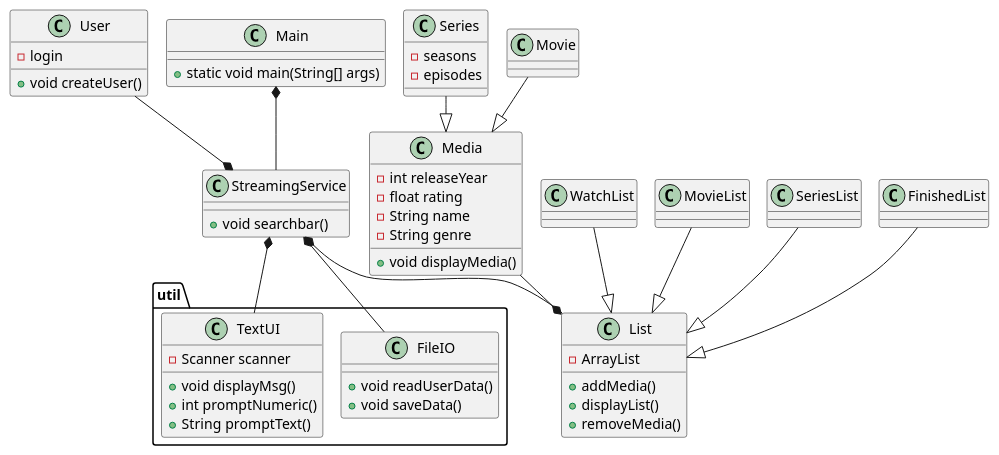
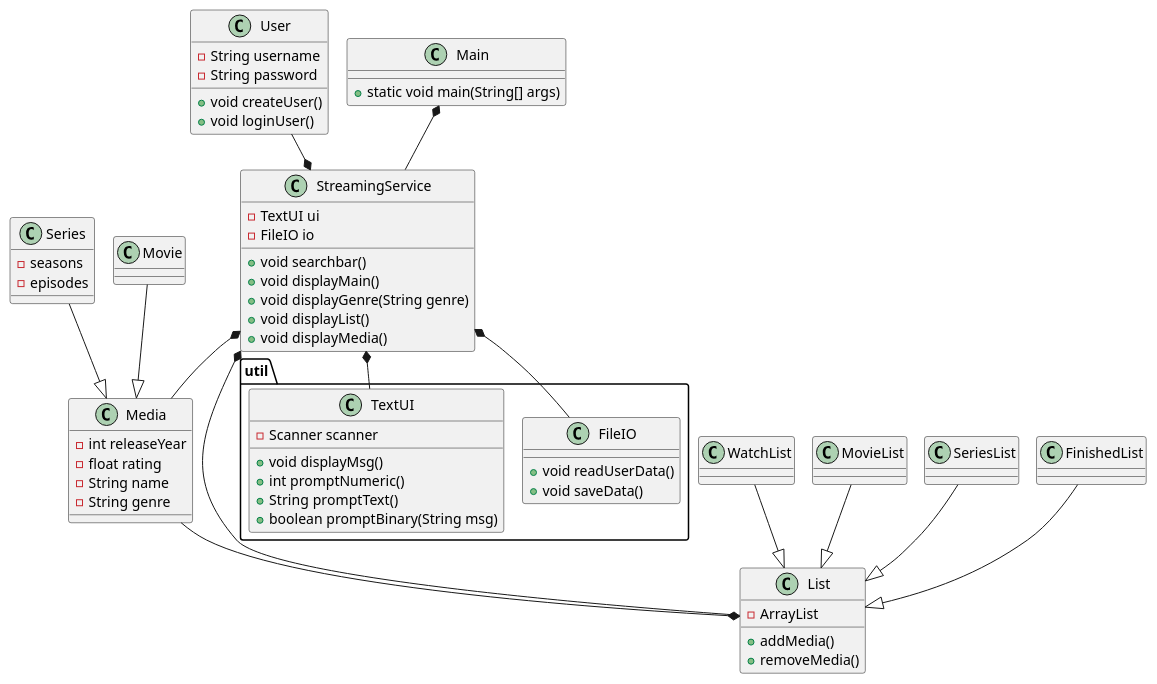
One commit to Bojuuh/SP3 changed the diagram in doc/ClassDiagramV01.puml. Above: the diagram before and after it, drawn with PlantUML.

Commit message:
Added ClassDiagram and DomainModel v.01.4

```diff
--- a/doc/ClassDiagramV01.puml
+++ b/doc/ClassDiagramV01.puml
@@ -1,83 +1,93 @@
 @startuml
 'https://plantuml.com/sequence-diagram
 !pragma layout smetana
 
 class User{
-- login
+- String username
+- String password
 + void createUser()
++ void loginUser()
 }
 
 class Main{
 
 + static void main(String[] args)
 }
 
 class StreamingService{
 
 + void searchbar()
+- TextUI ui
+- FileIO io
++ void displayMain()
++ void displayGenre(String genre)
++ void displayList()
++ void displayMedia()
+
+
 
 }
 
 class List{
 
 - ArrayList
 + addMedia()
-+ displayList()
 + removeMedia()
 
 
 }
 
 package "util" {
 
 class FileIO{
 + void readUserData()
 + void saveData()
 
 }
 class TextUI{
 - Scanner scanner
 + void displayMsg()
 + int promptNumeric()
 + String promptText()
++ boolean promptBinary(String msg)
 
 }
 }
 
 class Media{
 
 - int releaseYear
 - float rating
 - String name
 - String genre
-+ void displayMedia()
+
 
 
 }
 
 class Series{
 
 - seasons
 - episodes
 
 }
 
 
 Movie --|> Media
 Series --|> Media
-
+StreamingService *-- Media
 
 
 WatchList --|> List
 MovieList --|> List
 SeriesList --|> List
 FinishedList --|> List
 
 Main *-- StreamingService
 User --* StreamingService
 StreamingService *-- List
 Media --* List
 
 StreamingService *-- TextUI
 StreamingService *-- FileIO
 @enduml
```
